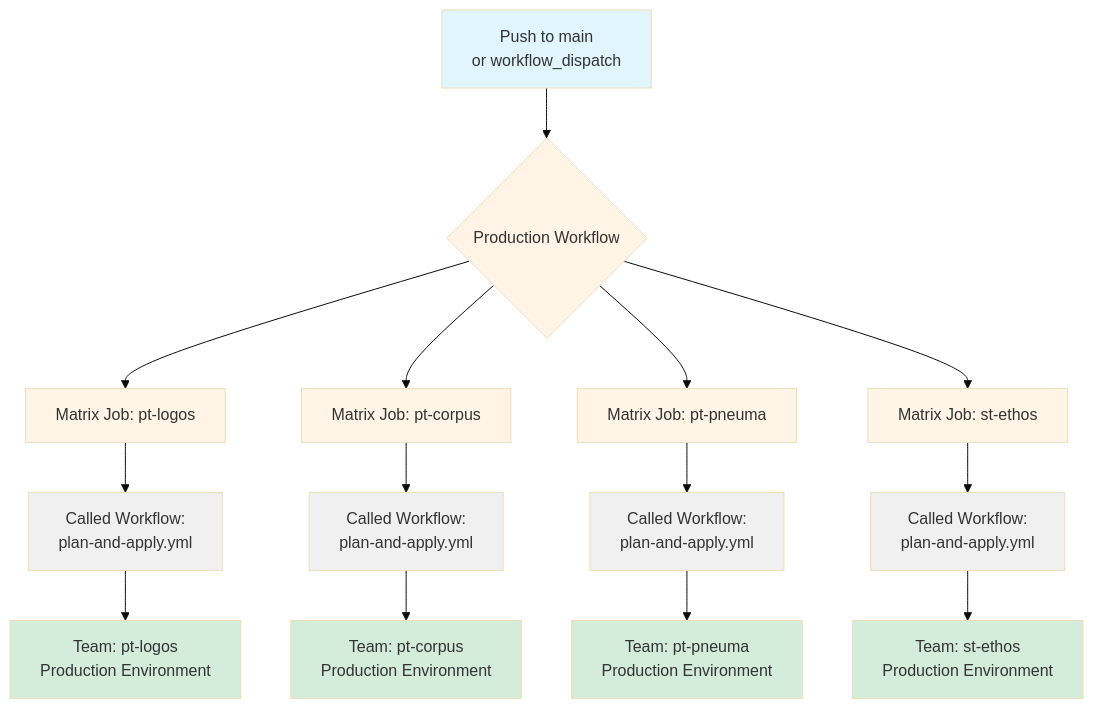
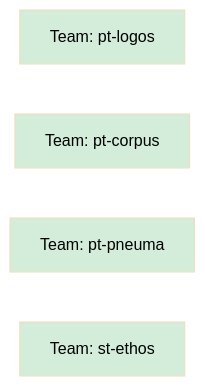
One commit to osinfra-io/pt-logos changed the diagram in README.md. Above: the diagram before and after it, drawn with Mermaid (base theme). The commit also changed 1 other file, not shown here.

Commit message:
Add Mermaid diagram guidelines and update workflow visualization in README

````diff
--- a/README.md
+++ b/README.md
@@ -96,33 +96,12 @@
 ```mermaid
-graph TB
-    A[Push to main<br/>or workflow_dispatch] --> B{Production Workflow}
-    B --> C1[Matrix Job: pt-logos]
-    B --> C2[Matrix Job: pt-corpus]
-    B --> C3[Matrix Job: pt-pneuma]
-    B --> C4[Matrix Job: st-ethos]
+graph LR
+    C1[Team: pt-logos]
+    C2[Team: pt-corpus]
+    C3[Team: pt-pneuma]
+    C4[Team: st-ethos]
 
-    C1 --> D1[Called Workflow:<br/>plan-and-apply.yml]
-    C2 --> D2[Called Workflow:<br/>plan-and-apply.yml]
-    C3 --> D3[Called Workflow:<br/>plan-and-apply.yml]
-    C4 --> D4[Called Workflow:<br/>plan-and-apply.yml]
-
-    D1 --> E1[Team: pt-logos<br/>Production Environment]
-    D2 --> E2[Team: pt-corpus<br/>Production Environment]
-    D3 --> E3[Team: pt-pneuma<br/>Production Environment]
-    D4 --> E4[Team: st-ethos<br/>Production Environment]
-
-    style A fill:#e1f5ff
-    style B fill:#fff4e6
-    style C1 fill:#fff4e6
-    style C2 fill:#fff4e6
-    style C3 fill:#fff4e6
-    style C4 fill:#fff4e6
-    style D1 fill:#f0f0f0
-    style D2 fill:#f0f0f0
-    style D3 fill:#f0f0f0
-    style D4 fill:#f0f0f0
-    style E1 fill:#d4edda
-    style E2 fill:#d4edda
-    style E3 fill:#d4edda
-    style E4 fill:#d4edda
+    style C1 fill:#d4edda,color:#000
+    style C2 fill:#d4edda,color:#000
+    style C3 fill:#d4edda,color:#000
+    style C4 fill:#d4edda,color:#000
 ```
````
